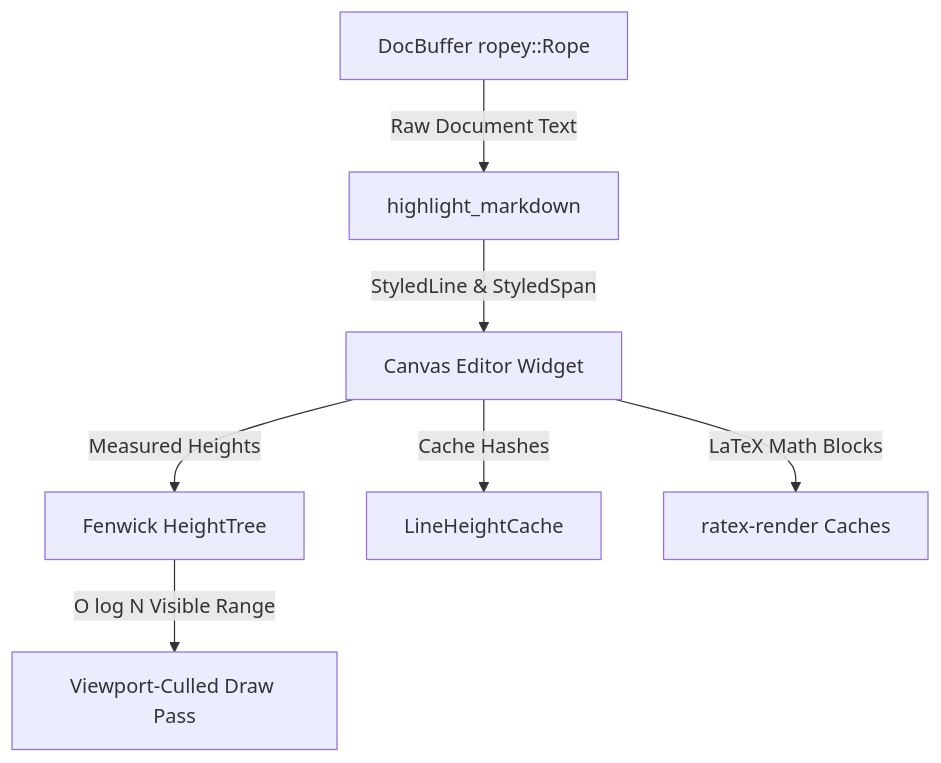
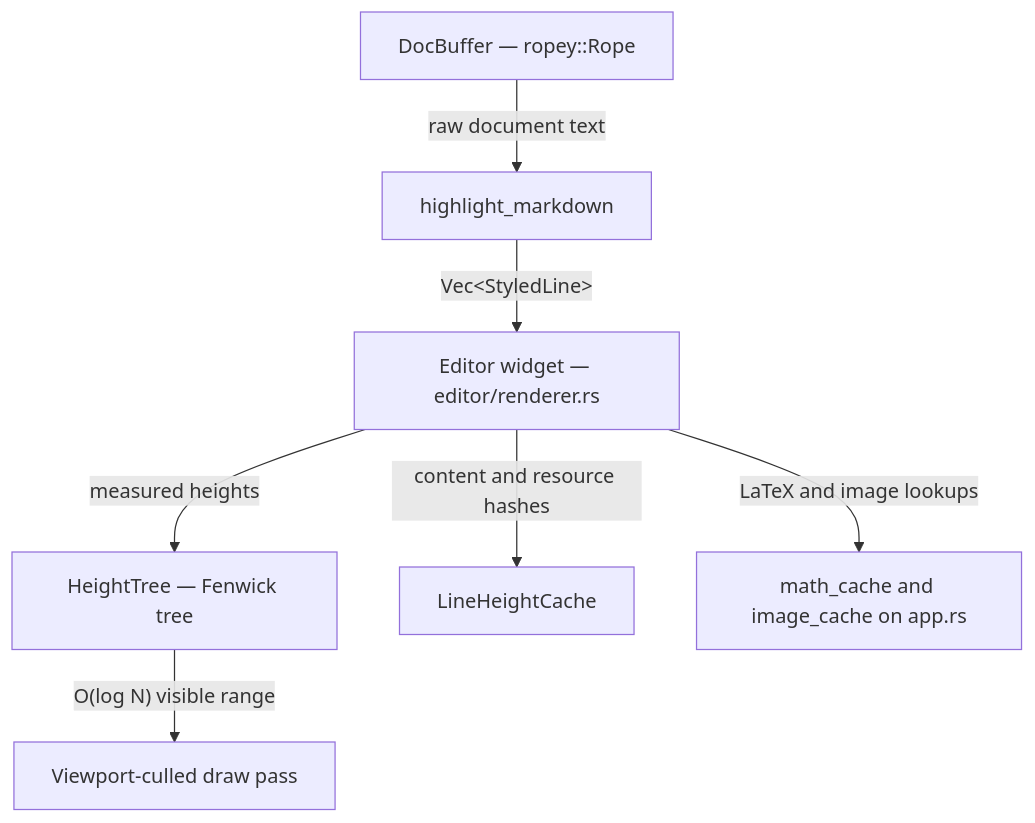
The first of 2 diagrams in wiki/Markdown-Pipeline.md (Suranjan77/md-editor), drawn with Mermaid before and after one commit. The commit also changed other lines of this file and 24 other files, not shown here.

````diff
--- a/wiki/Markdown-Pipeline.md
+++ b/wiki/Markdown-Pipeline.md
@@ -9,9 +12,9 @@
 ```mermaid
 graph TD
-    A[DocBuffer ropey::Rope] -->|Raw Document Text| B[highlight_markdown]
-    B -->|StyledLine & StyledSpan| C[Canvas Editor Widget]
-    C -->|Measured Heights| D[Fenwick HeightTree]
-    C -->|Cache Hashes| E[LineHeightCache]
-    D -->|O log N Visible Range| F[Viewport-Culled Draw Pass]
-    C -->|LaTeX Math Blocks| G[ratex-render Caches]
+    A["DocBuffer — ropey::Rope"] -->|"raw document text"| B["highlight_markdown"]
+    B -->|"Vec&lt;StyledLine&gt;"| C["Editor widget — editor/renderer.rs"]
+    C -->|"measured heights"| D["HeightTree — Fenwick tree"]
+    C -->|"content and resource hashes"| E["LineHeightCache"]
+    D -->|"O(log N) visible range"| F["Viewport-culled draw pass"]
+    C -->|"LaTeX and image lookups"| G["math_cache and image_cache on app.rs"]
 ```
````
